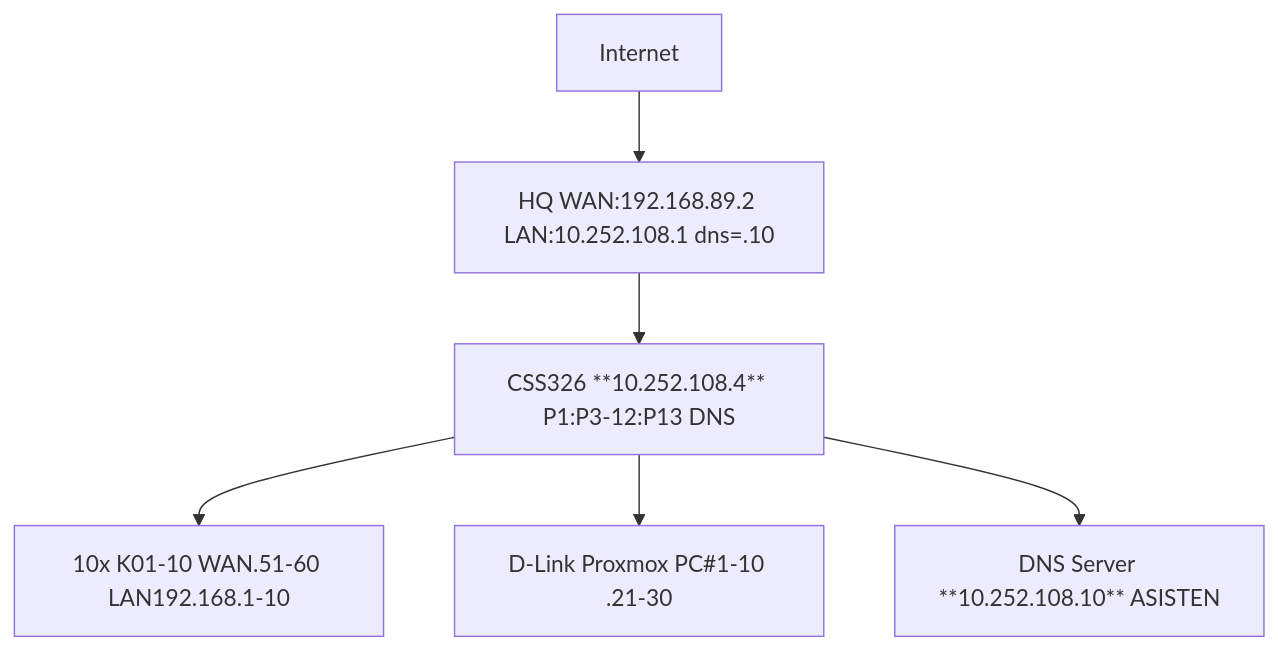
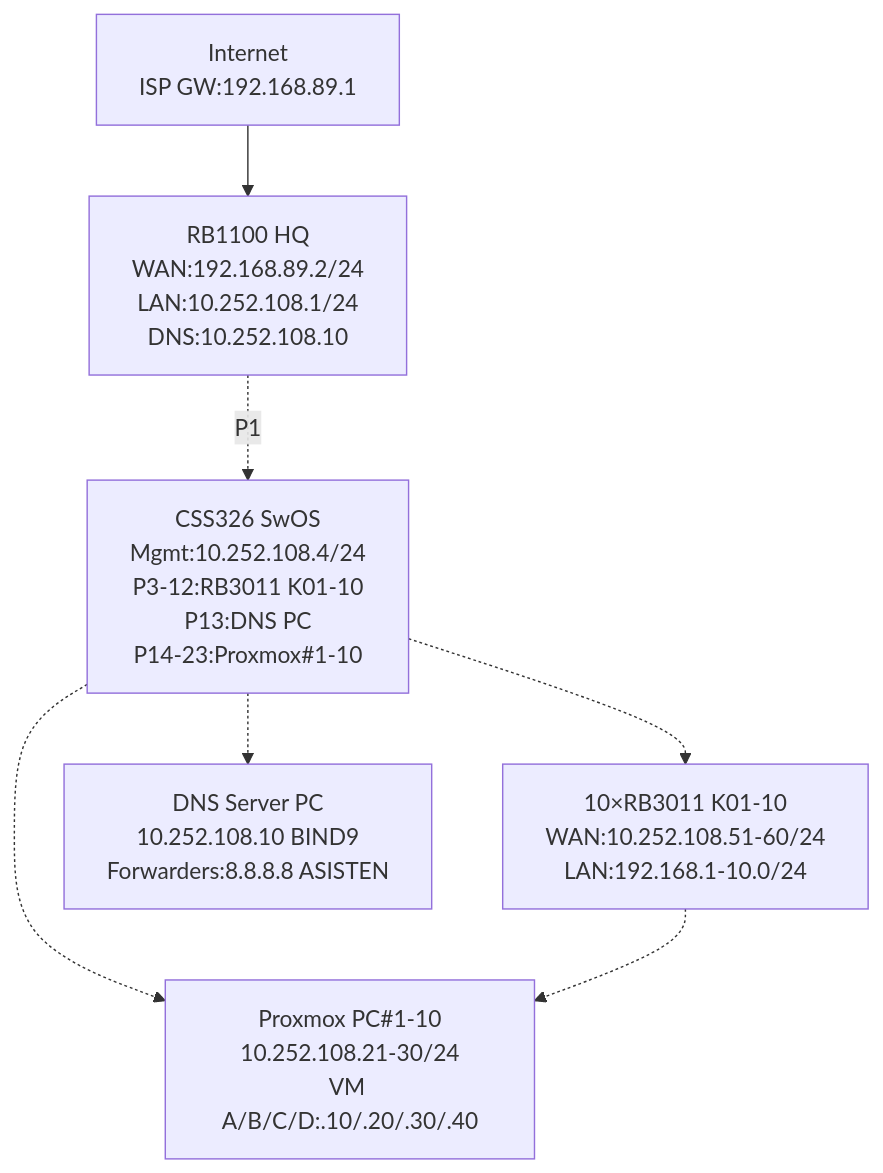
One commit to ferryas-pens/workshop-admin-jar-2026 changed the diagram in MINGGU_1.md. Above: the diagram before and after it, drawn with Mermaid. The commit also changed other lines of this file, not shown here.

````diff
--- a/MINGGU_1.md
+++ b/MINGGU_1.md
@@ -5,8 +29,9 @@
 ```mermaid
 graph TB
-    INTERNET[Internet] --> RB1100[HQ WAN:192.168.89.2 LAN:10.252.108.1 dns=.10]
-    RB1100 --> CSS326[CSS326 **10.252.108.4** P1:P3-12:P13 DNS]
-    CSS326 --> RB3011[10x K01-10 WAN.51-60 LAN192.168.1-10]
-    CSS326 --> DLINK[D-Link Proxmox PC#1-10 .21-30]
-    CSS326 --> DNSPC[DNS Server **10.252.108.10** ASISTEN]
+    INTERNET[Internet<br/>ISP GW:192.168.89.1] --> RB1100[RB1100 HQ<br/>WAN:192.168.89.2/24<br/>LAN:10.252.108.1/24<br/>DNS:10.252.108.10]
+    RB1100 -.->|P1| CSS326[CSS326 SwOS<br/>Mgmt:10.252.108.4/24<br/>P3-12:RB3011 K01-10<br/>P13:DNS PC<br/>P14-23:Proxmox#1-10]
+    CSS326 -.-> RB3011[10×RB3011 K01-10<br/>WAN:10.252.108.51-60/24<br/>LAN:192.168.1-10.0/24]
+    CSS326 -.-> DNSPC[DNS Server PC<br/>10.252.108.10 BIND9<br/>Forwarders:8.8.8.8 ASISTEN]
+    CSS326 -.-> PROX[Proxmox PC#1-10<br/>10.252.108.21-30/24<br/>VM A/B/C/D:.10/.20/.30/.40]
+    RB3011 -.-> PROX
 ```
````
